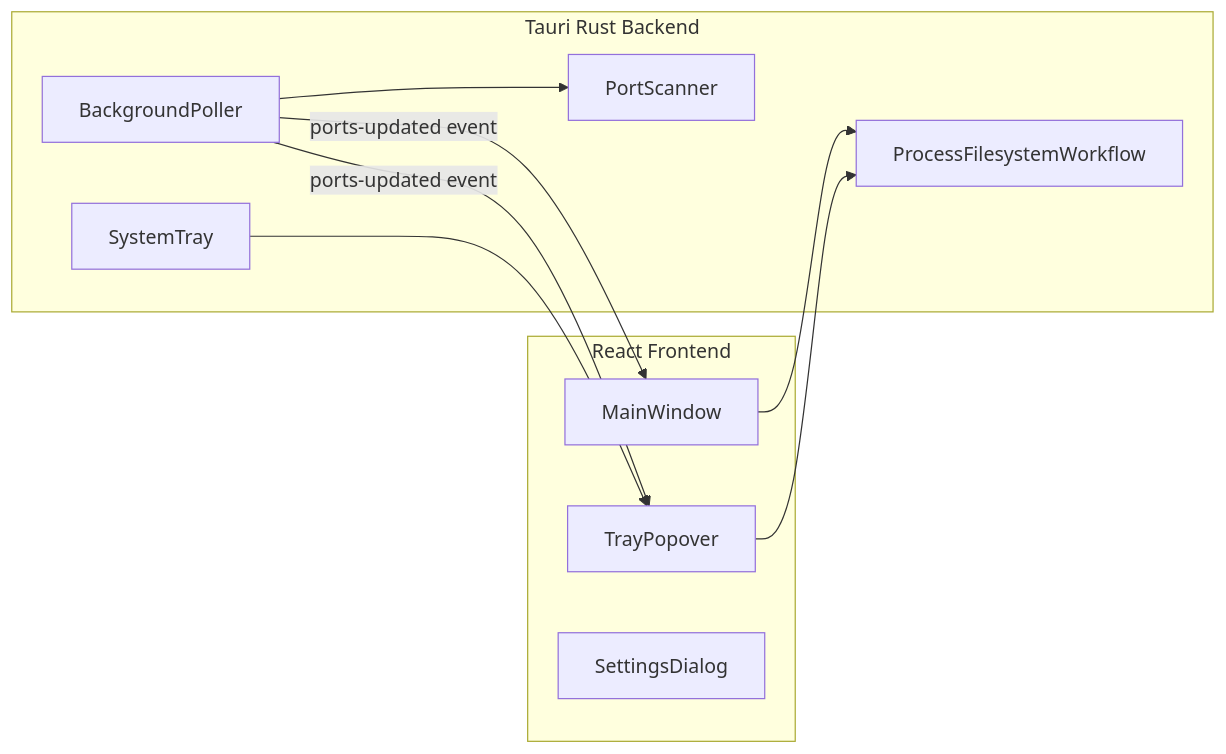
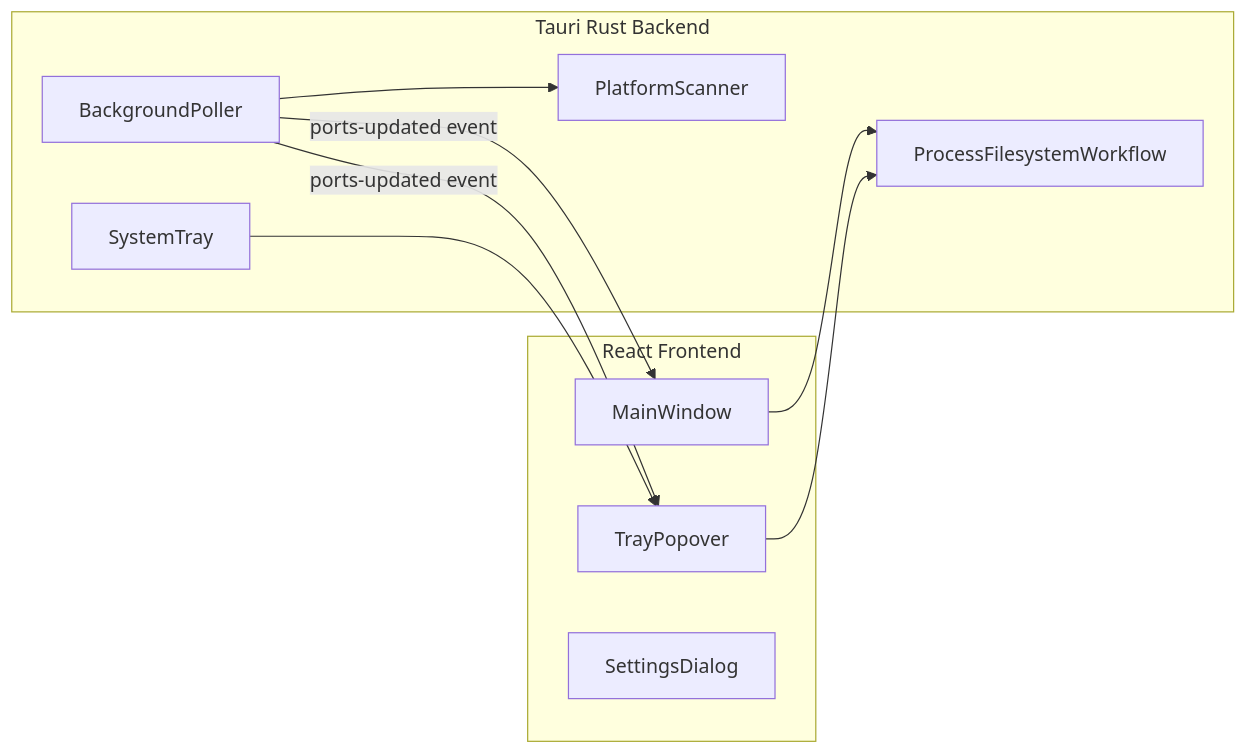
One commit to SaiBarathR/port-watch changed the diagram in README.md. Above: the diagram before and after it, drawn with Mermaid. The commit also changed other lines of this file and 55 other files, not shown here.

````diff
--- a/README.md
+++ b/README.md
@@ -104,20 +113,20 @@
 ```mermaid
 flowchart LR
   subgraph frontend [React Frontend]
     MainWindow[MainWindow]
     Popover[TrayPopover]
     Settings[SettingsDialog]
   end
   subgraph backend [Tauri Rust Backend]
     Poller[BackgroundPoller]
-    Scanner[PortScanner]
+    Scanner[PlatformScanner]
     Tray[SystemTray]
     Commands[ProcessFilesystemWorkflow]
   end
   Poller --> Scanner
   Poller -->|ports-updated event| MainWindow
   Poller -->|ports-updated event| Popover
   Tray --> Popover
   MainWindow --> Commands
   Popover --> Commands
 ```
````
